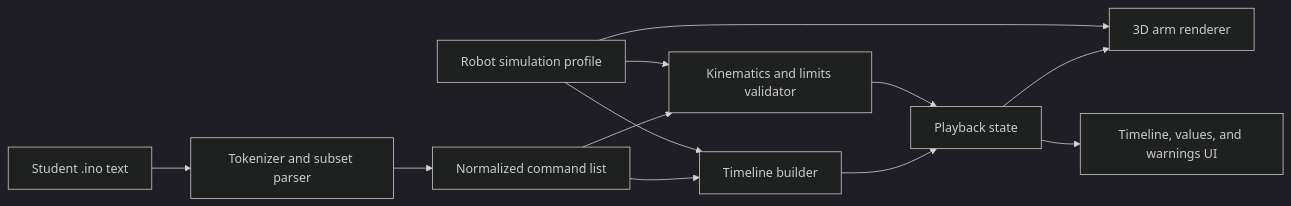
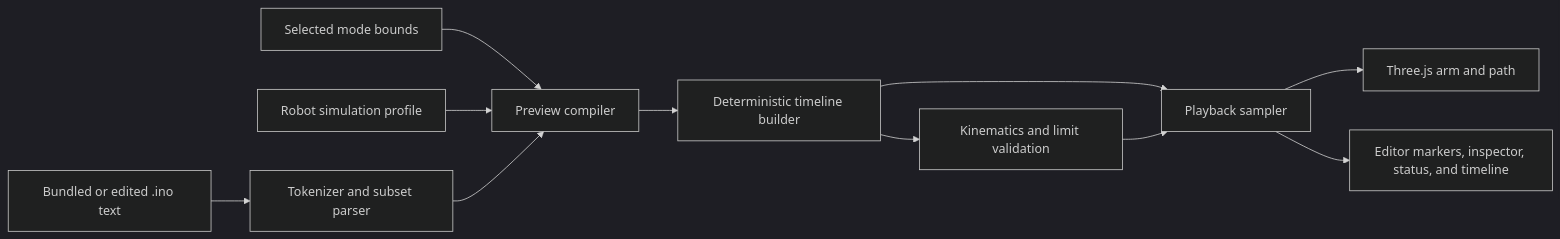
Before and after one commit to FriedFishZYr/mearm: the diagram in docs/ARCHITECTURE.md, drawn with Mermaid (dark theme). The commit also changed other lines of this file and 14 other files, not shown here.

````diff
--- a/docs/ARCHITECTURE.md
+++ b/docs/ARCHITECTURE.md
@@ -18,14 +17,13 @@
 ```mermaid
 flowchart LR
-    A["Student .ino text"] --> B["Tokenizer and subset parser"]
-    B --> C["Normalized command list"]
-    C --> D["Timeline builder"]
-    C --> E["Kinematics and limits validator"]
-    D --> F["Playback state"]
+    A["Bundled or edited .ino text"] --> B["Tokenizer and subset parser"]
+    J["Selected mode bounds"] --> C["Preview compiler"]
+    I["Robot simulation profile"] --> C
+    B --> C
+    C --> D["Deterministic timeline builder"]
+    D --> E["Kinematics and limit validation"]
+    D --> F["Playback sampler"]
     E --> F
-    F --> G["3D arm renderer"]
-    F --> H["Timeline, values, and warnings UI"]
-    I["Robot simulation profile"] --> D
-    I --> E
-    I --> G
+    F --> G["Three.js arm and path"]
+    F --> H["Editor markers, inspector, status, and timeline"]
 ```
````
